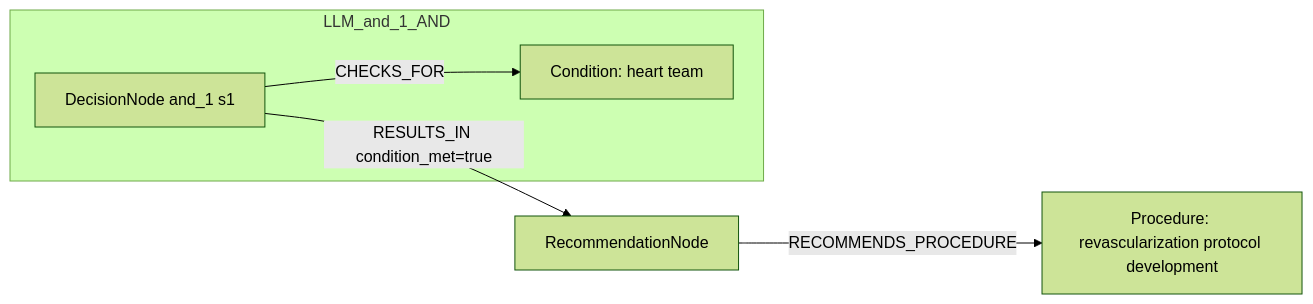
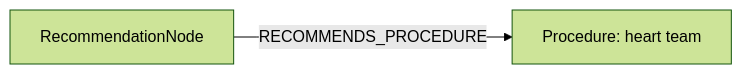
The second of 2 diagrams in docs/table22_rows_comparison/row_05.md (dieterich-lab/CardioGuidelinesGraph), drawn with Mermaid (forest theme) before and after one commit. The commit also changed other lines of this file and 20 other files, not shown here.

````diff
--- a/docs/table22_rows_comparison/row_05.md
+++ b/docs/table22_rows_comparison/row_05.md
@@ -149,12 +168,6 @@
 ```mermaid
 graph LR
   REC[RecommendationNode]
-  ACT1[Procedure: revascularization protocol development]
+  ACT1[Procedure: heart team]
   REC -->|RECOMMENDS_PROCEDURE| ACT1
-  subgraph LLM_and_1_AND
-    D_and_1_1[DecisionNode and_1 s1]
-    C_and_1_1[Condition: heart team]
-    D_and_1_1 -->|CHECKS_FOR| C_and_1_1
-  end
-  D_and_1_1 -->|RESULTS_IN condition_met=true| REC
 ```
````
